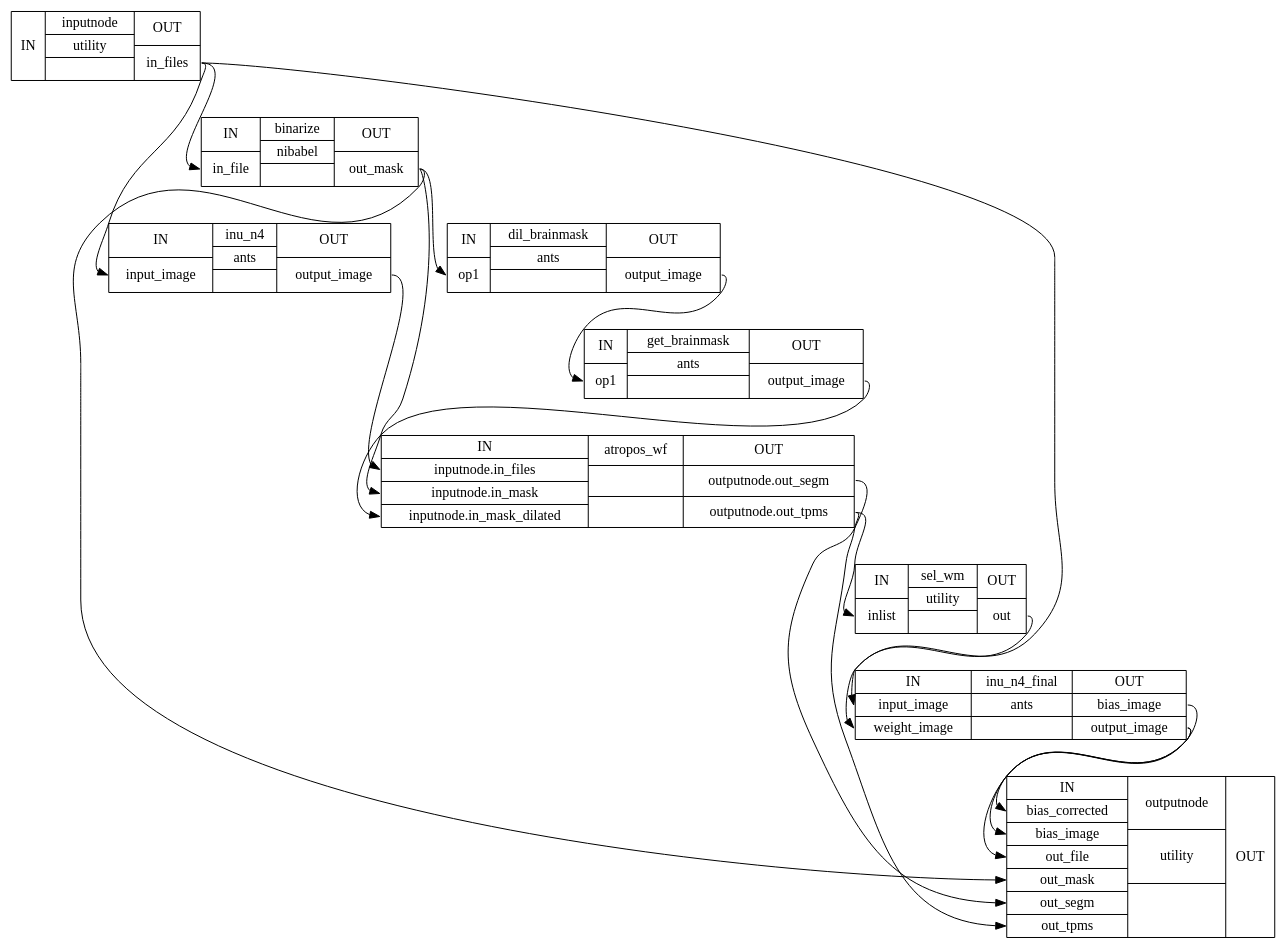
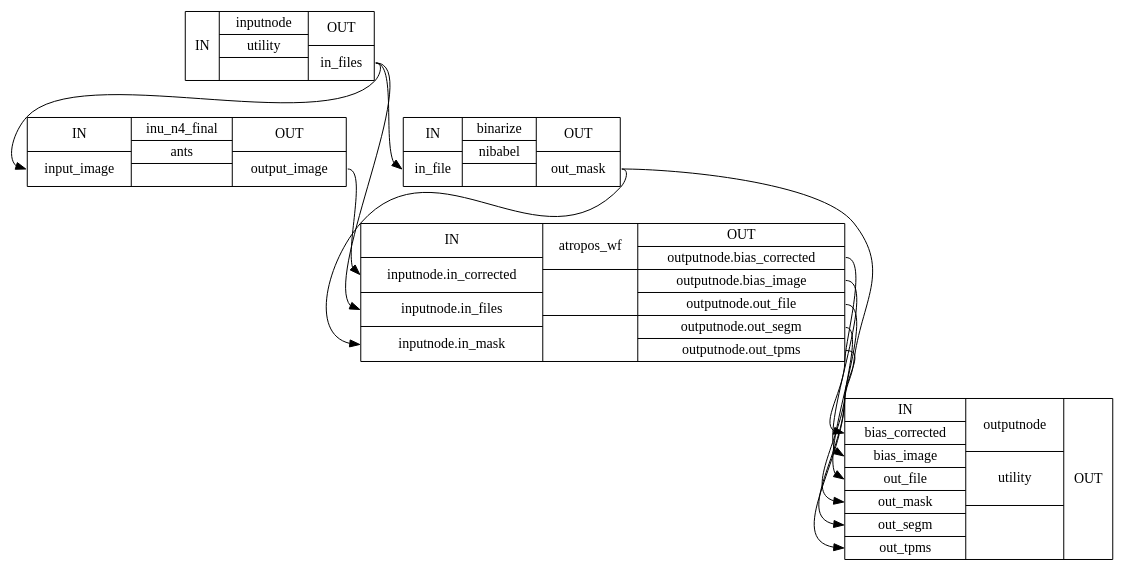
The diagram in 1.2.0rc4/wf_directive/api/n4_only_wf/niworkflows-anat-ants-3_detailed.dot (notZaki/niworkflows), drawn with Graphviz before and after one commit. The commit also changed 9539 other files, not shown here.

```diff
--- a/1.2.0rc4/wf_directive/api/n4_only_wf/niworkflows-anat-ants-3_detailed.dot
+++ b/1.2.0rc4/wf_directive/api/n4_only_wf/niworkflows-anat-ants-3_detailed.dot
@@ -1,28 +1,19 @@
 digraph structs {
 node [shape=record];
 n4_only_wfinputnode [label="{IN}|{ inputnode | utility |  }|{OUT|<outinfiles> in_files}"];
-n4_only_wfinu_n4 [label="{IN|<ininputimage> input_image}|{ inu_n4 | ants |  }|{OUT|<outoutputimage> output_image}"];
 n4_only_wfbinarize [label="{IN|<ininfile> in_file}|{ binarize | nibabel |  }|{OUT|<outoutmask> out_mask}"];
-n4_only_wfdil_brainmask [label="{IN|<inop1> op1}|{ dil_brainmask | ants |  }|{OUT|<outoutputimage> output_image}"];
-n4_only_wfget_brainmask [label="{IN|<inop1> op1}|{ get_brainmask | ants |  }|{OUT|<outoutputimage> output_image}"];
-n4_only_wfatropos_wf [label="{IN|<ininputnodeinfiles> inputnode.in_files|<ininputnodeinmask> inputnode.in_mask|<ininputnodeinmaskdilated> inputnode.in_mask_dilated}|{ atropos_wf |  |  }|{OUT|<outoutputnodeoutsegm> outputnode.out_segm|<outoutputnodeouttpms> outputnode.out_tpms}"];
-n4_only_wfsel_wm [label="{IN|<ininlist> inlist}|{ sel_wm | utility |  }|{OUT|<outout> out}"];
-n4_only_wfinu_n4_final [label="{IN|<ininputimage> input_image|<inweightimage> weight_image}|{ inu_n4_final | ants |  }|{OUT|<outbiasimage> bias_image|<outoutputimage> output_image}"];
+n4_only_wfinu_n4_final [label="{IN|<ininputimage> input_image}|{ inu_n4_final | ants |  }|{OUT|<outoutputimage> output_image}"];
+n4_only_wfatropos_wf [label="{IN|<ininputnodeincorrected> inputnode.in_corrected|<ininputnodeinfiles> inputnode.in_files|<ininputnodeinmask> inputnode.in_mask}|{ atropos_wf |  |  }|{OUT|<outoutputnodebiascorrected> outputnode.bias_corrected|<outoutputnodebiasimage> outputnode.bias_image|<outoutputnodeoutfile> outputnode.out_file|<outoutputnodeoutsegm> outputnode.out_segm|<outoutputnodeouttpms> outputnode.out_tpms}"];
 n4_only_wfoutputnode [label="{IN|<inbiascorrected> bias_corrected|<inbiasimage> bias_image|<inoutfile> out_file|<inoutmask> out_mask|<inoutsegm> out_segm|<inouttpms> out_tpms}|{ outputnode | utility |  }|{OUT}"];
+n4_only_wfatropos_wf:outoutputnodebiascorrected:e -> n4_only_wfoutputnode:inbiascorrected:w;
+n4_only_wfatropos_wf:outoutputnodebiasimage:e -> n4_only_wfoutputnode:inbiasimage:w;
+n4_only_wfatropos_wf:outoutputnodeoutfile:e -> n4_only_wfoutputnode:inoutfile:w;
 n4_only_wfatropos_wf:outoutputnodeoutsegm:e -> n4_only_wfoutputnode:inoutsegm:w;
 n4_only_wfatropos_wf:outoutputnodeouttpms:e -> n4_only_wfoutputnode:inouttpms:w;
-n4_only_wfatropos_wf:outoutputnodeouttpms:e -> n4_only_wfsel_wm:ininlist:w;
 n4_only_wfbinarize:outoutmask:e -> n4_only_wfatropos_wf:ininputnodeinmask:w;
-n4_only_wfbinarize:outoutmask:e -> n4_only_wfdil_brainmask:inop1:w;
 n4_only_wfbinarize:outoutmask:e -> n4_only_wfoutputnode:inoutmask:w;
-n4_only_wfdil_brainmask:outoutputimage:e -> n4_only_wfget_brainmask:inop1:w;
-n4_only_wfget_brainmask:outoutputimage:e -> n4_only_wfatropos_wf:ininputnodeinmaskdilated:w;
+n4_only_wfinputnode:outinfiles:e -> n4_only_wfatropos_wf:ininputnodeinfiles:w;
 n4_only_wfinputnode:outinfiles:e -> n4_only_wfbinarize:ininfile:w;
-n4_only_wfinputnode:outinfiles:e -> n4_only_wfinu_n4:ininputimage:w;
 n4_only_wfinputnode:outinfiles:e -> n4_only_wfinu_n4_final:ininputimage:w;
-n4_only_wfinu_n4:outoutputimage:e -> n4_only_wfatropos_wf:ininputnodeinfiles:w;
-n4_only_wfinu_n4_final:outbiasimage:e -> n4_only_wfoutputnode:inbiasimage:w;
-n4_only_wfinu_n4_final:outoutputimage:e -> n4_only_wfoutputnode:inbiascorrected:w;
-n4_only_wfinu_n4_final:outoutputimage:e -> n4_only_wfoutputnode:inoutfile:w;
-n4_only_wfsel_wm:outout:e -> n4_only_wfinu_n4_final:inweightimage:w;
+n4_only_wfinu_n4_final:outoutputimage:e -> n4_only_wfatropos_wf:ininputnodeincorrected:w;
 }
```
